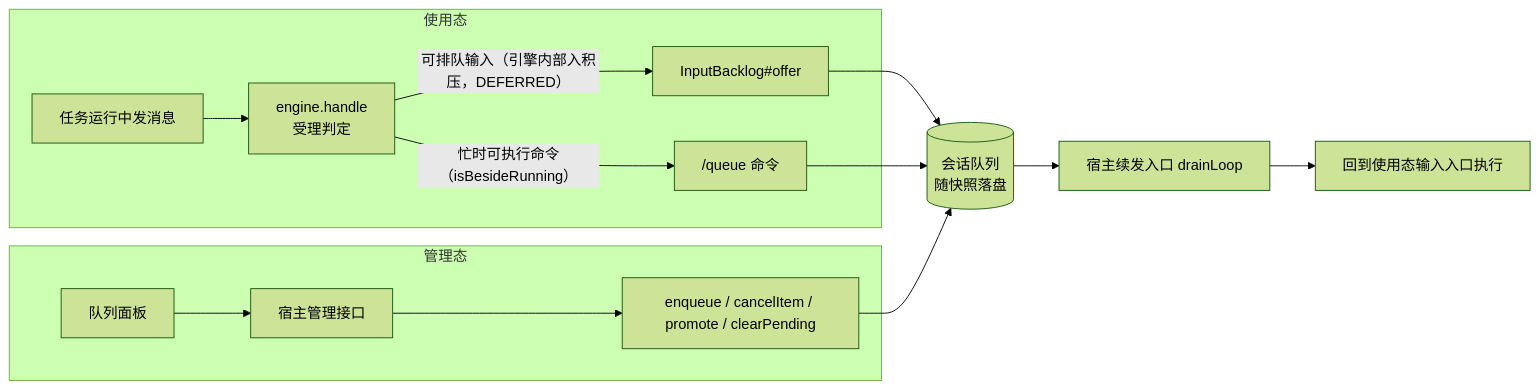
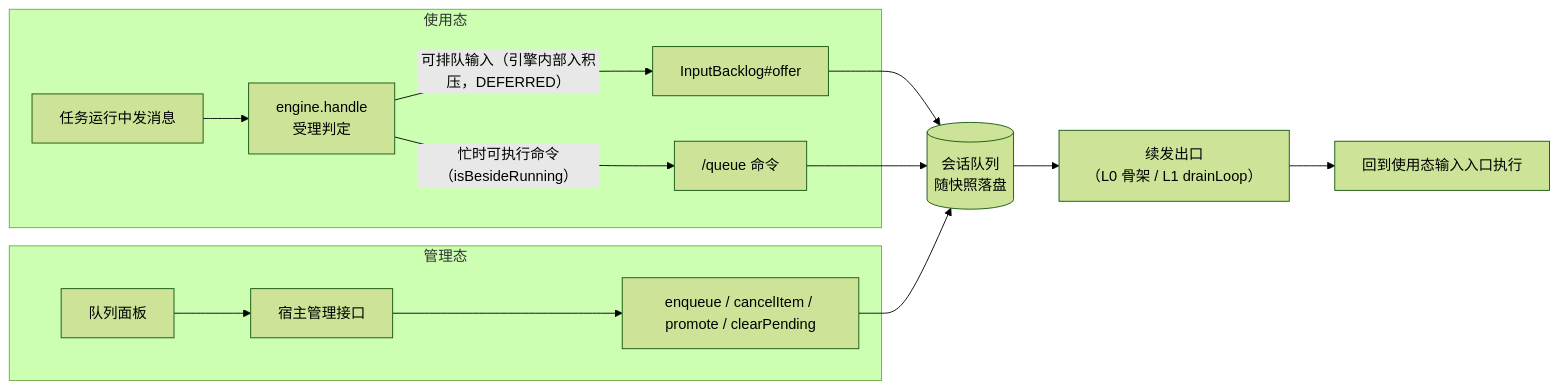
One commit to opensolon/solon-ai changed the second of 2 diagrams in solon-ai-harness-queue/README.md. Above: the diagram before and after it, drawn with Mermaid (forest theme). The commit also changed other lines of this file and 13 other files, not shown here.

````diff
--- a/solon-ai-harness-queue/README.md
+++ b/solon-ai-harness-queue/README.md
@@ -108,15 +252,15 @@
 ```mermaid
 flowchart LR
     subgraph 使用态
         U1["任务运行中发消息"] --> H["engine.handle<br/>受理判定"]
         H -- "可排队输入（引擎内部入积压，DEFERRED）" --> EQ1["InputBacklog#offer"]
         H -- "忙时可执行命令（isBesideRunning）" --> C["/queue 命令"]
     end
     subgraph 管理态
         U2["队列面板"] --> API["宿主管理接口"] --> EQ2["enqueue / cancelItem / promote / clearPending"]
     end
     EQ1 --> Q[("会话队列<br/>随快照落盘")]
     C --> Q
     EQ2 --> Q
-    Q --> D["宿主续发入口 drainLoop"] --> IN["回到使用态输入入口执行"]
+    Q --> D["续发出口<br/>（L0 骨架 / L1 drainLoop）"] --> IN["回到使用态输入入口执行"]
 ```
````
